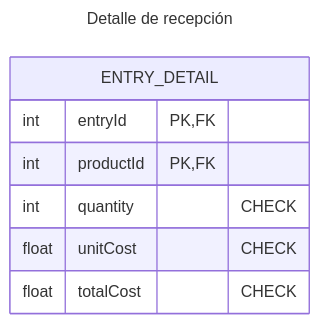
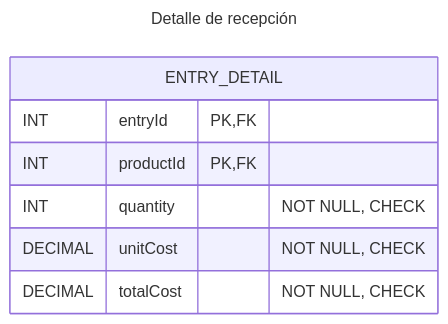
Before and after one commit to rosendocamal/homeworks: diagram 27 of 30 in 4to-Cuatrimestre/fundamentos-base-datos/proyecto/proyecto.md, drawn with Mermaid. The commit also changed other lines of this file and 1 other file, not shown here.

````diff
--- a/4to-Cuatrimestre/fundamentos-base-datos/proyecto/proyecto.md
+++ b/4to-Cuatrimestre/fundamentos-base-datos/proyecto/proyecto.md
@@ -509,13 +509,13 @@
 ```mermaid
 ---
 title: Detalle de recepción
 ---
 erDiagram
 	ENTRY_DETAIL {
-		int entryId PK,FK
-		int productId PK,FK
-		int quantity "CHECK"
-		float unitCost "CHECK"
-		float totalCost "CHECK"
+		INT entryId PK,FK
+		INT productId PK,FK
+		INT quantity "NOT NULL, CHECK"
+		DECIMAL unitCost "NOT NULL, CHECK"
+		DECIMAL totalCost "NOT NULL, CHECK"
 	}
 ```
````
